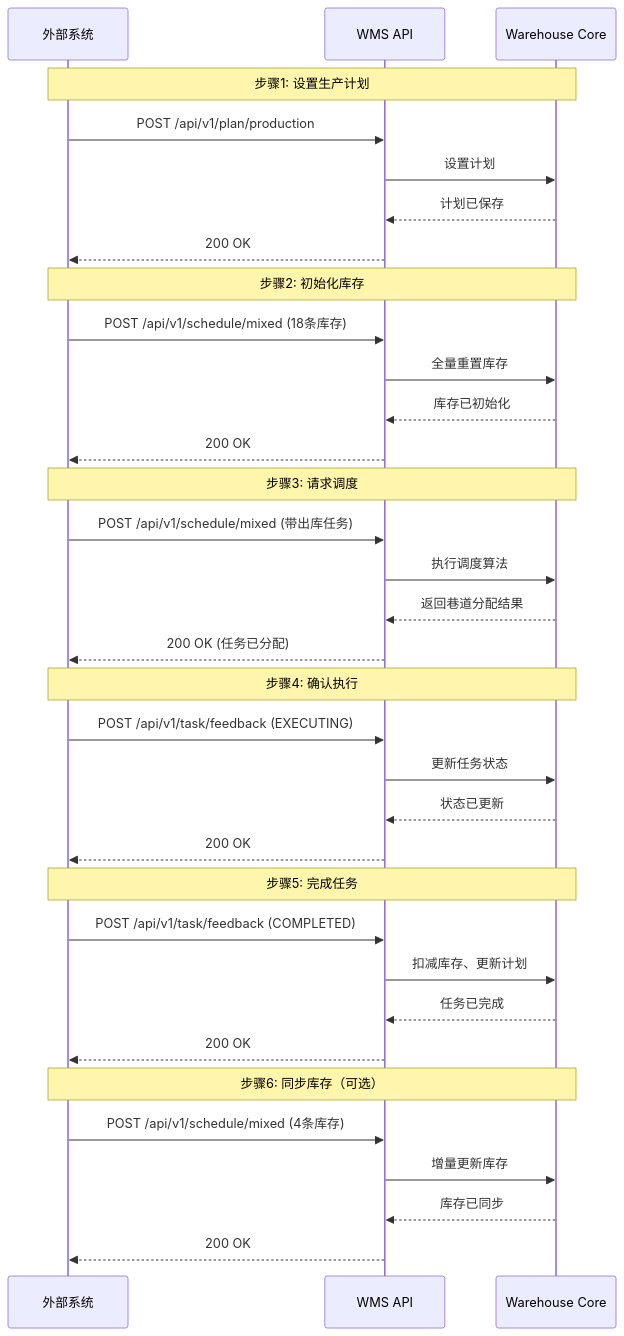
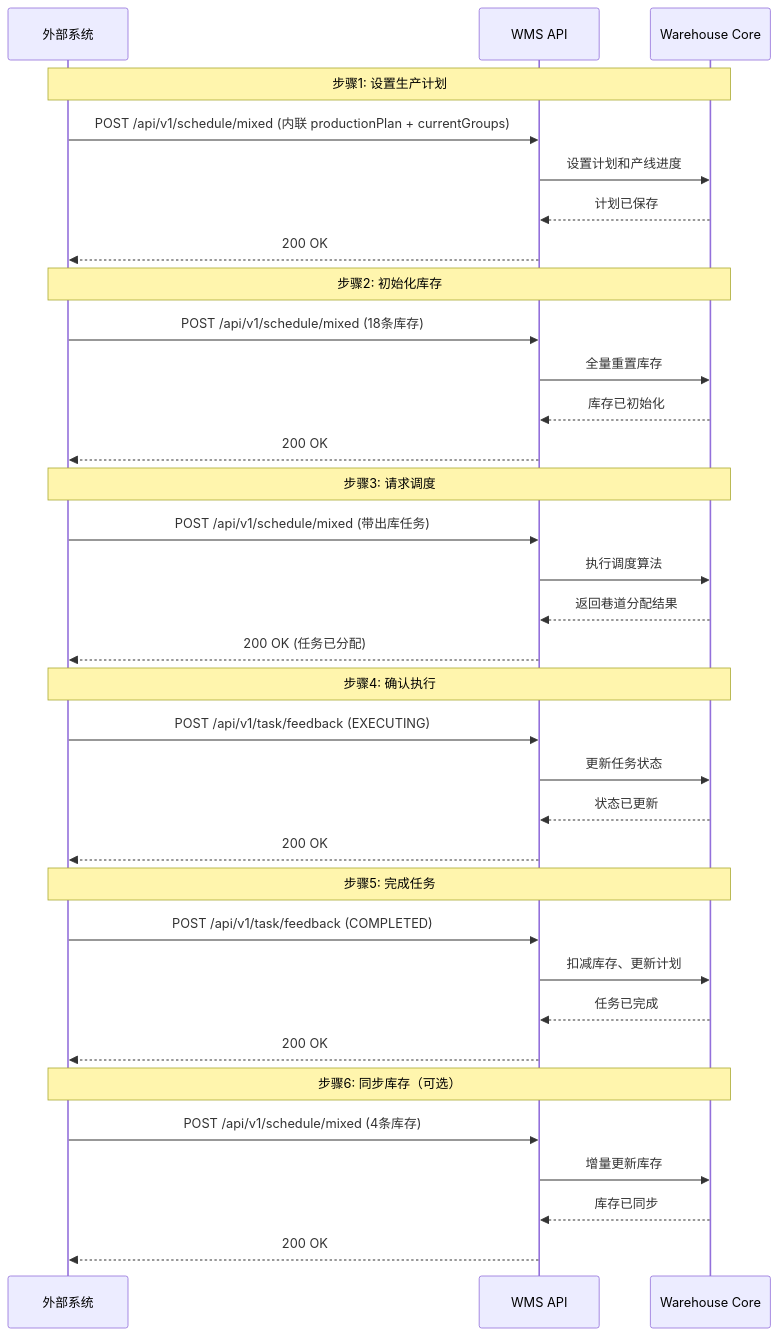
The first of 2 diagrams in hcd-daycut/API_Documentation.md (SCIENCE-FRESHMEN/distribution), drawn with Mermaid before and after one commit. The commit also changed other lines of this file and 89 other files, not shown here.

````diff
--- a/hcd-daycut/API_Documentation.md
+++ b/hcd-daycut/API_Documentation.md
@@ -1000,42 +1083,42 @@
 ```mermaid
 sequenceDiagram
     participant Client as 外部系统
     participant API as WMS API
     participant Core as Warehouse Core
 
     Note over Client,Core: 步骤1: 设置生产计划
-    Client->>API: POST /api/v1/plan/production
-    API->>Core: 设置计划
+    Client->>API: POST /api/v1/schedule/mixed (内联 productionPlan + currentGroups)
+    API->>Core: 设置计划和产线进度
     Core-->>API: 计划已保存
     API-->>Client: 200 OK
 
     Note over Client,Core: 步骤2: 初始化库存
     Client->>API: POST /api/v1/schedule/mixed (18条库存)
     API->>Core: 全量重置库存
     Core-->>API: 库存已初始化
     API-->>Client: 200 OK
 
     Note over Client,Core: 步骤3: 请求调度
     Client->>API: POST /api/v1/schedule/mixed (带出库任务)
     API->>Core: 执行调度算法
     Core-->>API: 返回巷道分配结果
     API-->>Client: 200 OK (任务已分配)
 
     Note over Client,Core: 步骤4: 确认执行
     Client->>API: POST /api/v1/task/feedback (EXECUTING)
     API->>Core: 更新任务状态
     Core-->>API: 状态已更新
     API-->>Client: 200 OK
 
     Note over Client,Core: 步骤5: 完成任务
     Client->>API: POST /api/v1/task/feedback (COMPLETED)
     API->>Core: 扣减库存、更新计划
     Core-->>API: 任务已完成
     API-->>Client: 200 OK
 
     Note over Client,Core: 步骤6: 同步库存（可选）
     Client->>API: POST /api/v1/schedule/mixed (4条库存)
     API->>Core: 增量更新库存
     Core-->>API: 库存已同步
     API-->>Client: 200 OK
 ```
````
